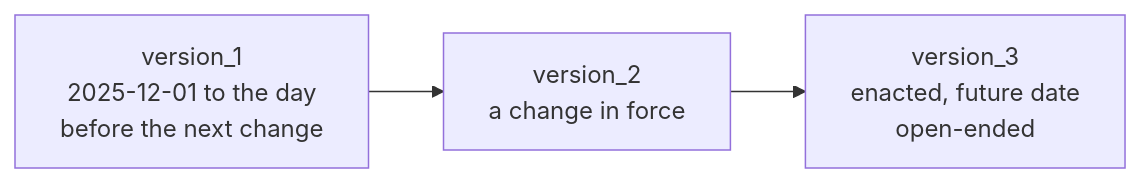
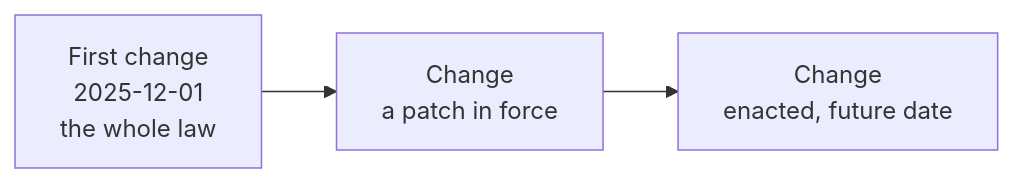
One commit to norbital-ai/templates changed the diagram in hrms/docs/0003-jurisdiction-seed-specification.md. Above: the diagram before and after it, drawn with Mermaid. The commit also changed other lines of this file and 889 other files, not shown here.

````diff
--- a/hrms/docs/0003-jurisdiction-seed-specification.md
+++ b/hrms/docs/0003-jurisdiction-seed-specification.md
@@ -44,5 +74,5 @@
 ```mermaid
 flowchart LR
-  v1[version_1<br/>2025-12-01 to the day<br/>before the next change] --> v2[version_2<br/>a change in force]
-  v2 --> v3[version_3<br/>enacted, future date<br/>open-ended]
+  c1[First change<br/>2025-12-01<br/>the whole law] --> c2[Change<br/>a patch in force]
+  c2 --> c3[Change<br/>enacted, future date]
 ```
````
